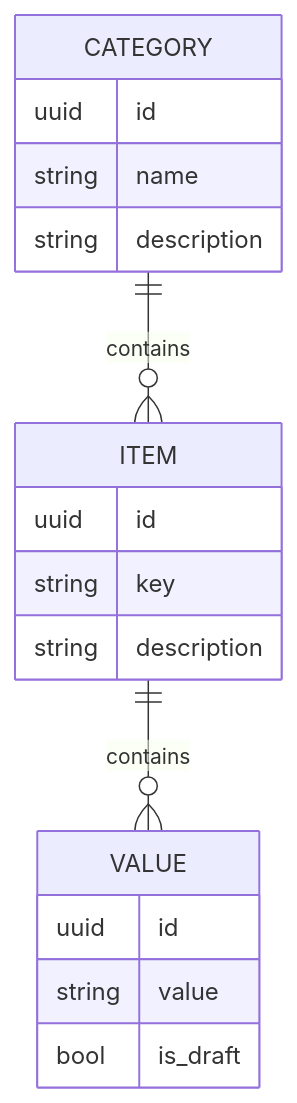
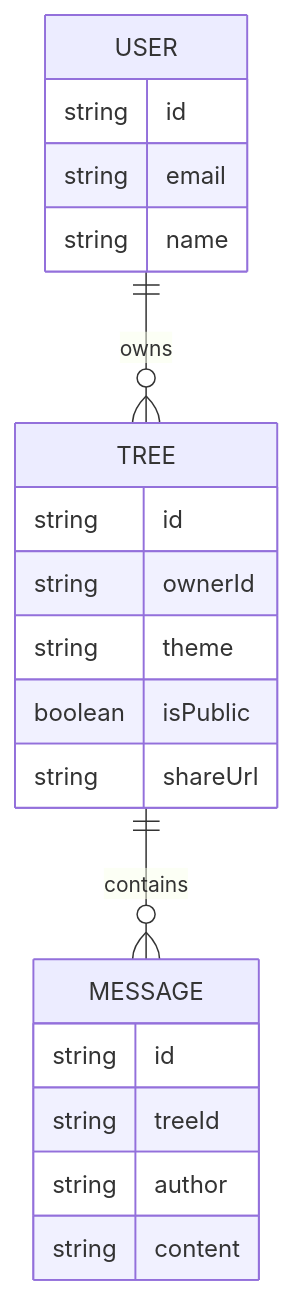
One commit to hxtruong6/ilove-card changed the second of 2 diagrams in .cursor/rules/technical_design_documentation_rule.mdc. Above: the diagram before and after it, drawn with Mermaid. The commit also changed other lines of this file and 5 other files, not shown here.

````diff
--- a/.cursor/rules/technical_design_documentation_rule.mdc
+++ b/.cursor/rules/technical_design_documentation_rule.mdc
@@ -141,21 +131,23 @@
-    ```mermaid
-    erDiagram
-        CATEGORY ||--o{ ITEM : contains
-        ITEM ||--o{ VALUE : contains
-        CATEGORY {
-            uuid id
-            string name
-            string description
-        }
-        ITEM {
-            uuid id
-            string key
-            string description
-        }
-        VALUE {
-            uuid id
-            string value
-            bool is_draft
-        }
-
-    ```
+       ```mermaid
+       erDiagram
+         USER ||--o{ TREE : owns
+         TREE ||--o{ MESSAGE : contains
+         USER {
+           string id
+           string email
+           string name
+         }
+         TREE {
+           string id
+           string ownerId
+           string theme
+           boolean isPublic
+           string shareUrl
+         }
+         MESSAGE {
+           string id
+           string treeId
+           string author
+           string content
+         }
+       ```
````
